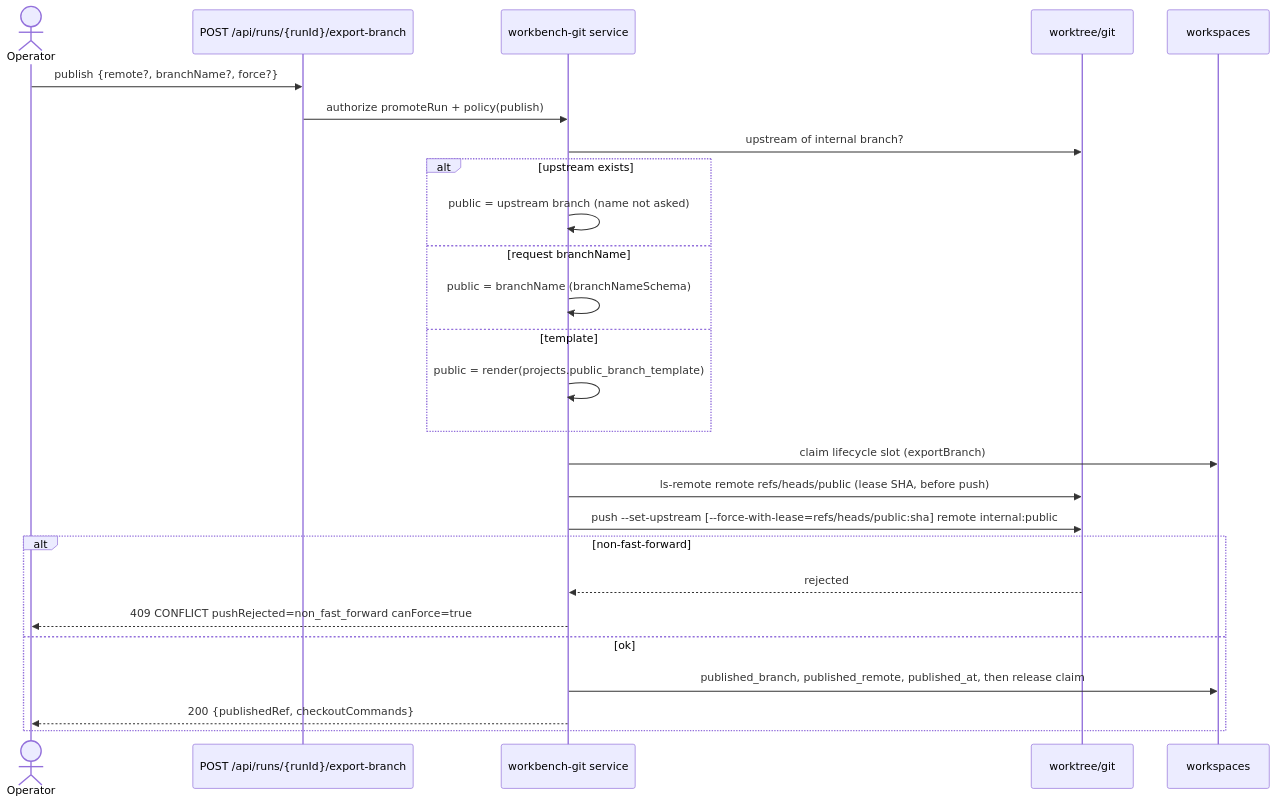
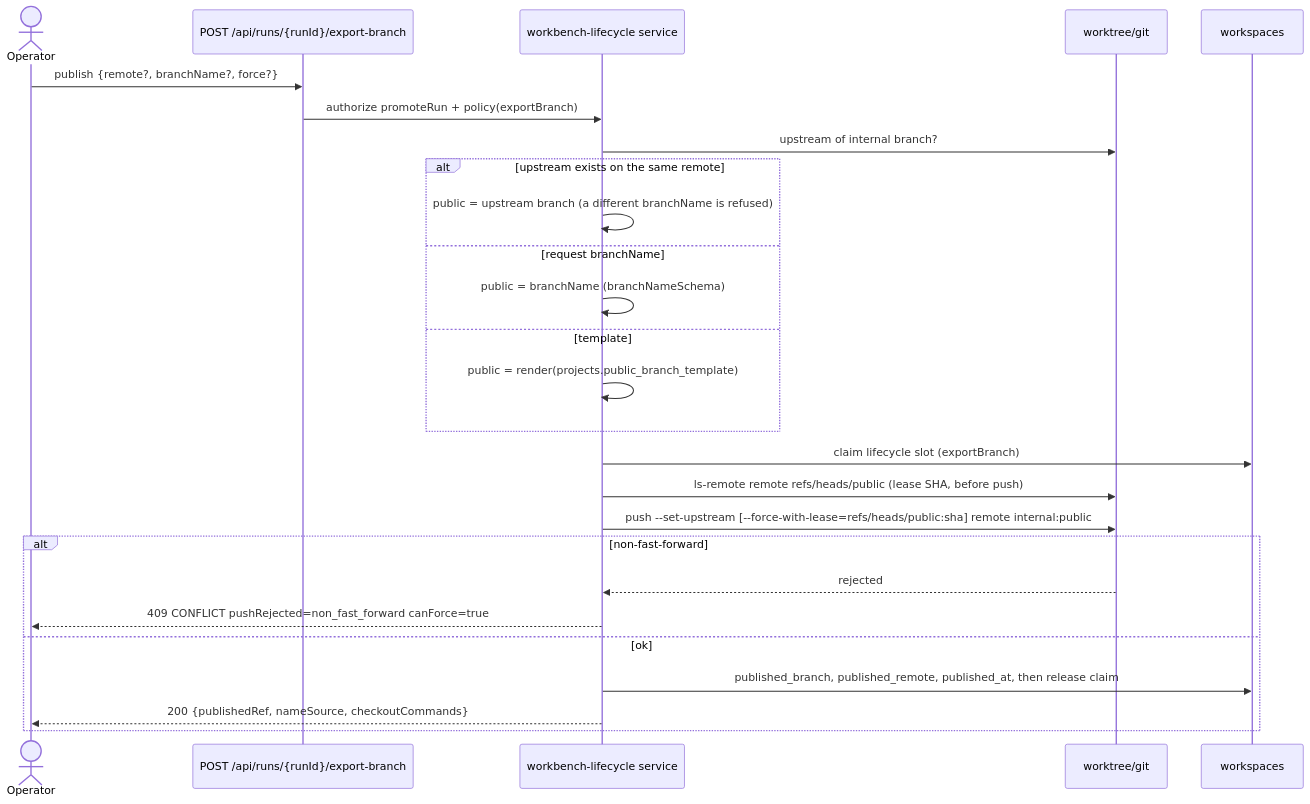
One commit to maister-dev/maister changed the third of 6 diagrams in docs/system-analytics/workbench-git.md. Above: the diagram before and after it, drawn with Mermaid. The commit also changed other lines of this file and 19 other files, not shown here.

First line of the commit message:
docs(workbench-git): freeze the ADR-181 contracts (OpenAPI, ERD, taxonomy, screens, RU)

````diff
--- a/docs/system-analytics/workbench-git.md
+++ b/docs/system-analytics/workbench-git.md
@@ -114,28 +134,28 @@
 ```mermaid
 sequenceDiagram
     actor Op as Operator
     participant Route as POST /api/runs/{runId}/export-branch
-    participant Svc as workbench-git service
+    participant Svc as workbench-lifecycle service
     participant Git as worktree/git
     participant DB as workspaces
     Op->>Route: publish {remote?, branchName?, force?}
-    Route->>Svc: authorize promoteRun + policy(publish)
+    Route->>Svc: authorize promoteRun + policy(exportBranch)
     Svc->>Git: upstream of internal branch?
-    alt upstream exists
-        Svc->>Svc: public = upstream branch (name not asked)
+    alt upstream exists on the same remote
+        Svc->>Svc: public = upstream branch (a different branchName is refused)
     else request branchName
         Svc->>Svc: public = branchName (branchNameSchema)
     else template
         Svc->>Svc: public = render(projects.public_branch_template)
     end
     Svc->>DB: claim lifecycle slot (exportBranch)
     Svc->>Git: ls-remote remote refs/heads/public (lease SHA, before push)
     Svc->>Git: push --set-upstream [--force-with-lease=refs/heads/public:sha] remote internal:public
     alt non-fast-forward
         Git-->>Svc: rejected
         Svc-->>Op: 409 CONFLICT pushRejected=non_fast_forward canForce=true
     else ok
         Svc->>DB: published_branch, published_remote, published_at, then release claim
-        Svc-->>Op: 200 {publishedRef, checkoutCommands}
+        Svc-->>Op: 200 {publishedRef, nameSource, checkoutCommands}
     end
 ```
````
